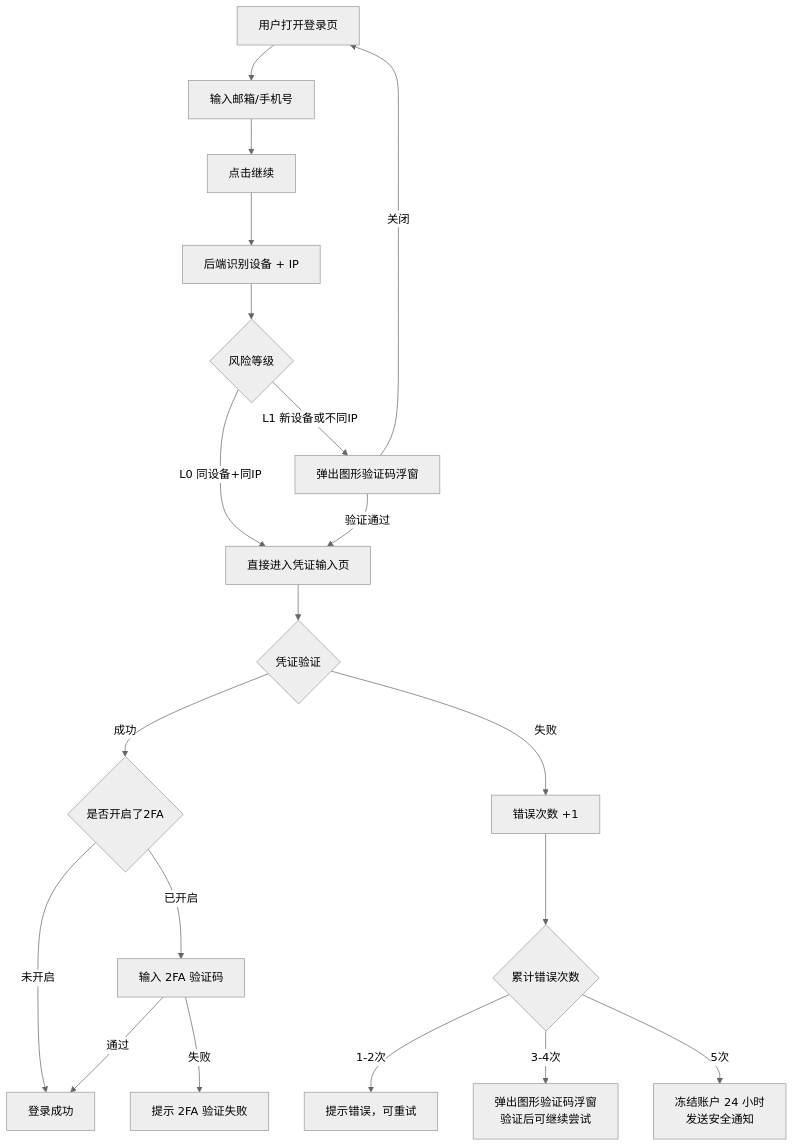
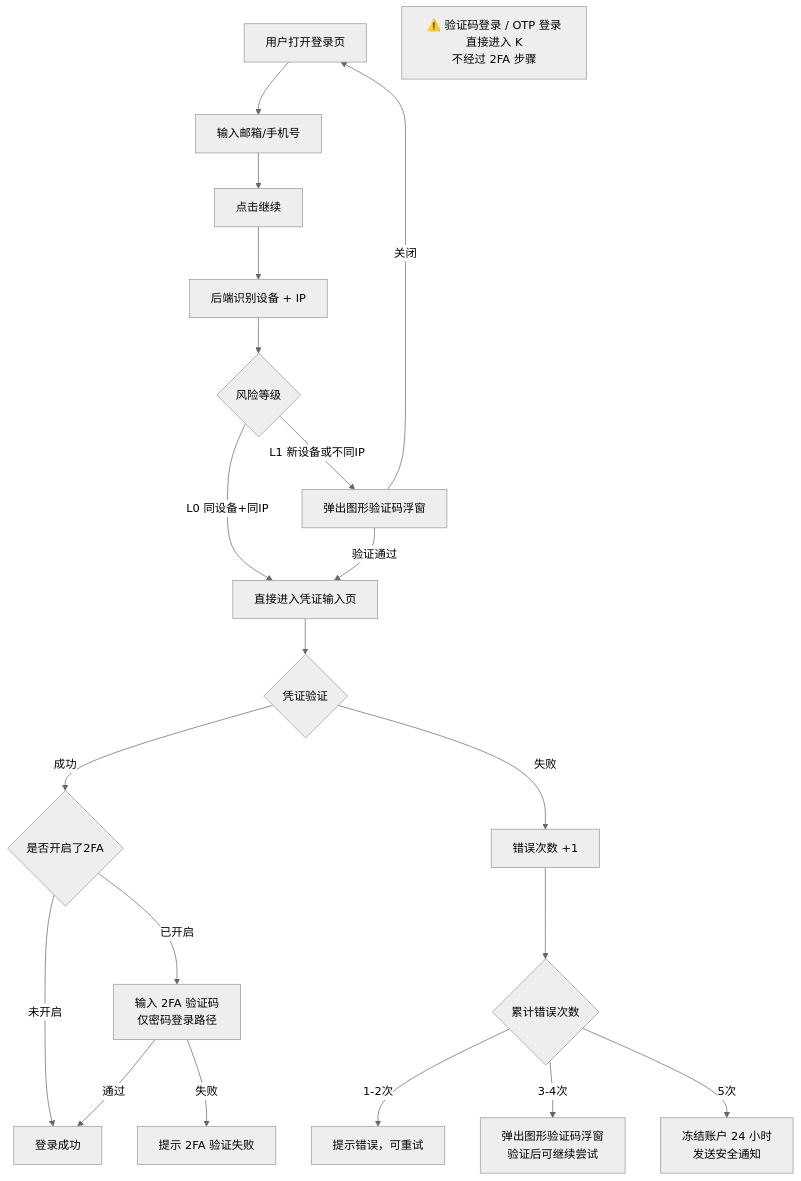
One commit to xiaoxiaoangie/EX-NEW changed the seventh of 26 diagrams in SigninLogin/prd/MP-register.md. Above: the diagram before and after it, drawn with Mermaid (neutral theme). The commit also changed other lines of this file and 14 other files, not shown here.

````diff
--- a/SigninLogin/prd/MP-register.md
+++ b/SigninLogin/prd/MP-register.md
@@ -365,27 +352,29 @@
 ```mermaid
 flowchart TD
     A[用户打开登录页] --> B[输入邮箱/手机号]
     B --> C[点击继续]
     C --> D[后端识别设备 + IP]
 
     D --> E{风险等级}
     E -->|L0 同设备+同IP| F[直接进入凭证输入页]
     E -->|L1 新设备或不同IP| G[弹出图形验证码浮窗]
 
     G -->|验证通过| F
     G -->|关闭| A
 
     F --> H{凭证验证}
     H -->|成功| I{是否开启了2FA}
     H -->|失败| J[错误次数 +1]
 
     I -->|未开启| K[登录成功]
-    I -->|已开启| L[输入 2FA 验证码]
+    I -->|已开启| L[输入 2FA 验证码<br/>仅密码登录路径]
     L -->|通过| K
     L -->|失败| L1[提示 2FA 验证失败]
+
+    note2["⚠️ 验证码登录 / OTP 登录直接进入 K<br/>不经过 2FA 步骤"]
 
     J --> M{累计错误次数}
     M -->|1-2次| N[提示错误，可重试]
     M -->|3-4次| O[弹出图形验证码浮窗<br/>验证后可继续尝试]
     M -->|5次| P[冻结账户 24 小时<br/>发送安全通知]
 ```
````
